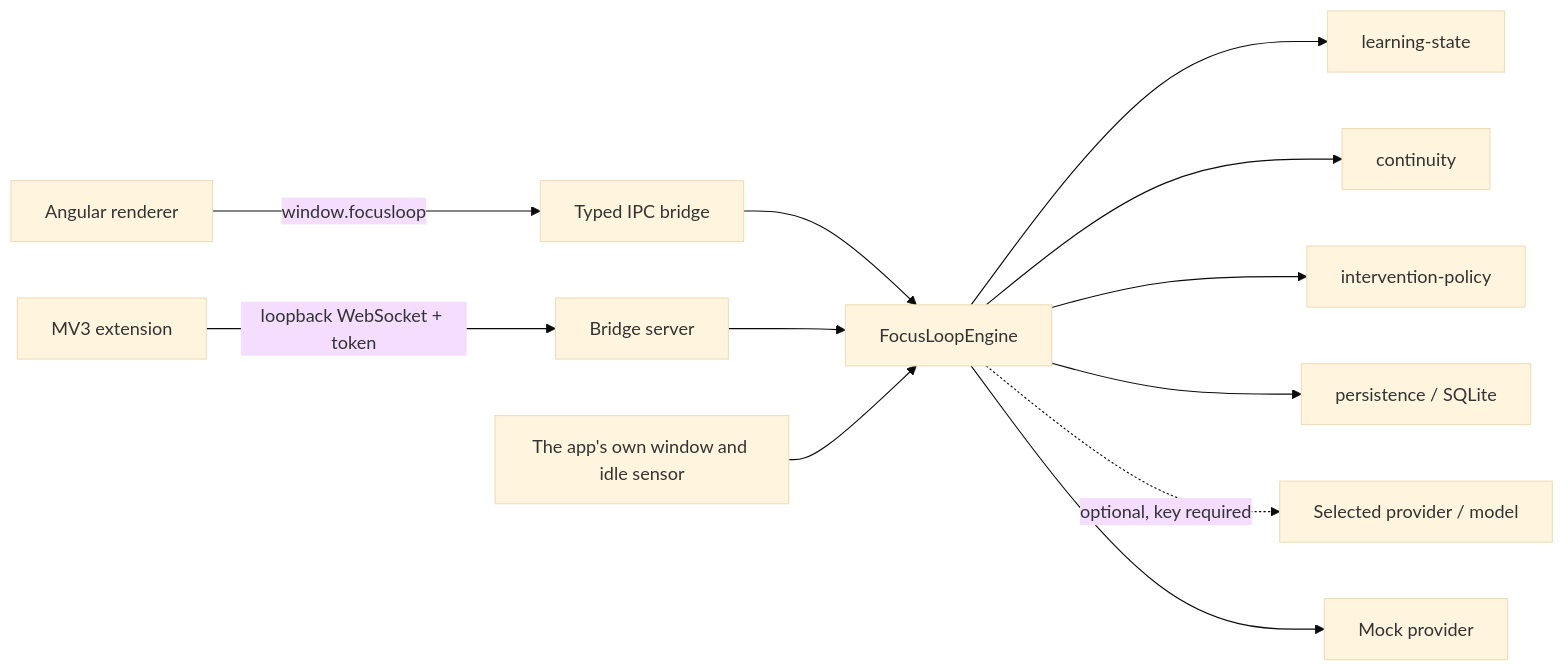
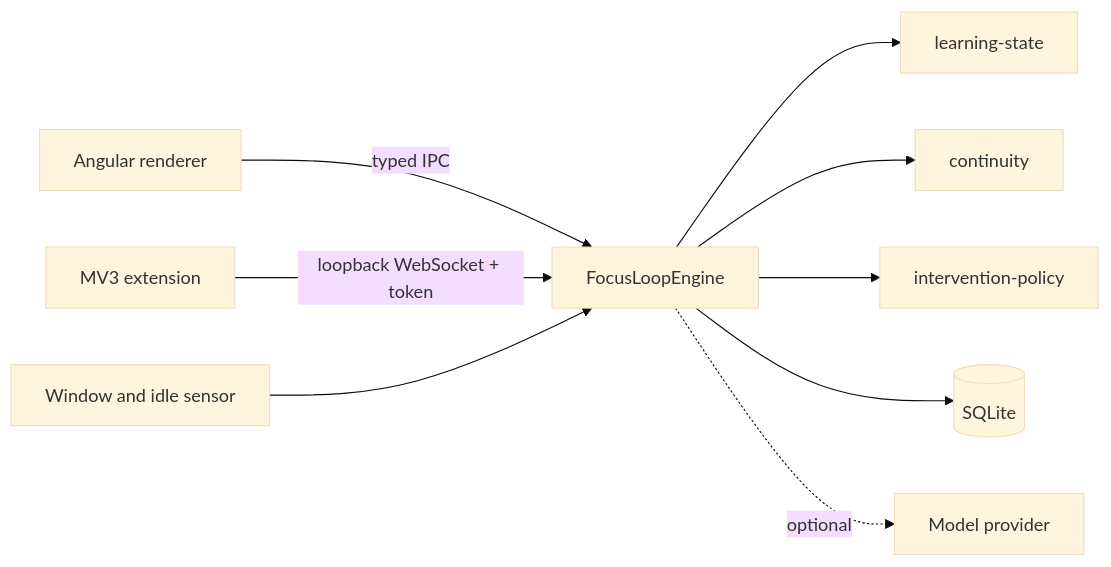
Before and after one commit to JunLang-7/focusloop: the diagram in README.md, drawn with Mermaid (base theme). The commit also changed other lines of this file and 3 other files, not shown here.

````diff
--- a/README.md
+++ b/README.md
@@ -215,14 +59,11 @@
 ```mermaid
 flowchart LR
-  UI[Angular renderer] -->|window.focusloop| IPC[Typed IPC bridge]
-  EXT[MV3 extension] -->|loopback WebSocket + token| BRIDGE[Bridge server]
-  IPC --> ENGINE[FocusLoopEngine]
-  BRIDGE --> ENGINE
-  EVENT[The app's own window and idle sensor] --> ENGINE
+  UI[Angular renderer] -->|typed IPC| ENGINE[FocusLoopEngine]
+  EXT[MV3 extension] -->|loopback WebSocket + token| ENGINE
+  WIN[Window and idle sensor] --> ENGINE
   ENGINE --> STATE[learning-state]
   ENGINE --> CONT[continuity]
   ENGINE --> POL[intervention-policy]
-  ENGINE --> STORE[persistence / SQLite]
-  ENGINE -.->|optional, key required| LLM[Selected provider / model]
-  ENGINE --> MOCK[Mock provider]
+  ENGINE --> STORE[(SQLite)]
+  ENGINE -.->|optional| LLM[Model provider]
 ```
````
